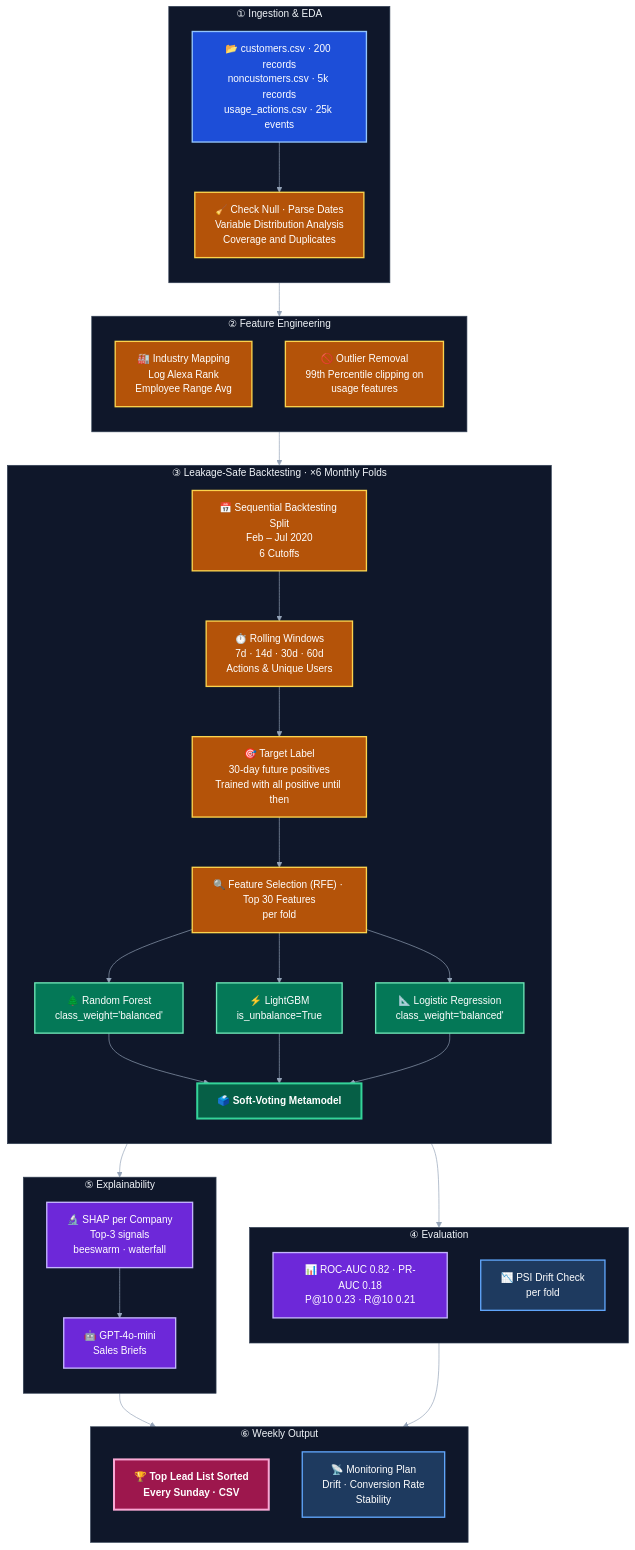
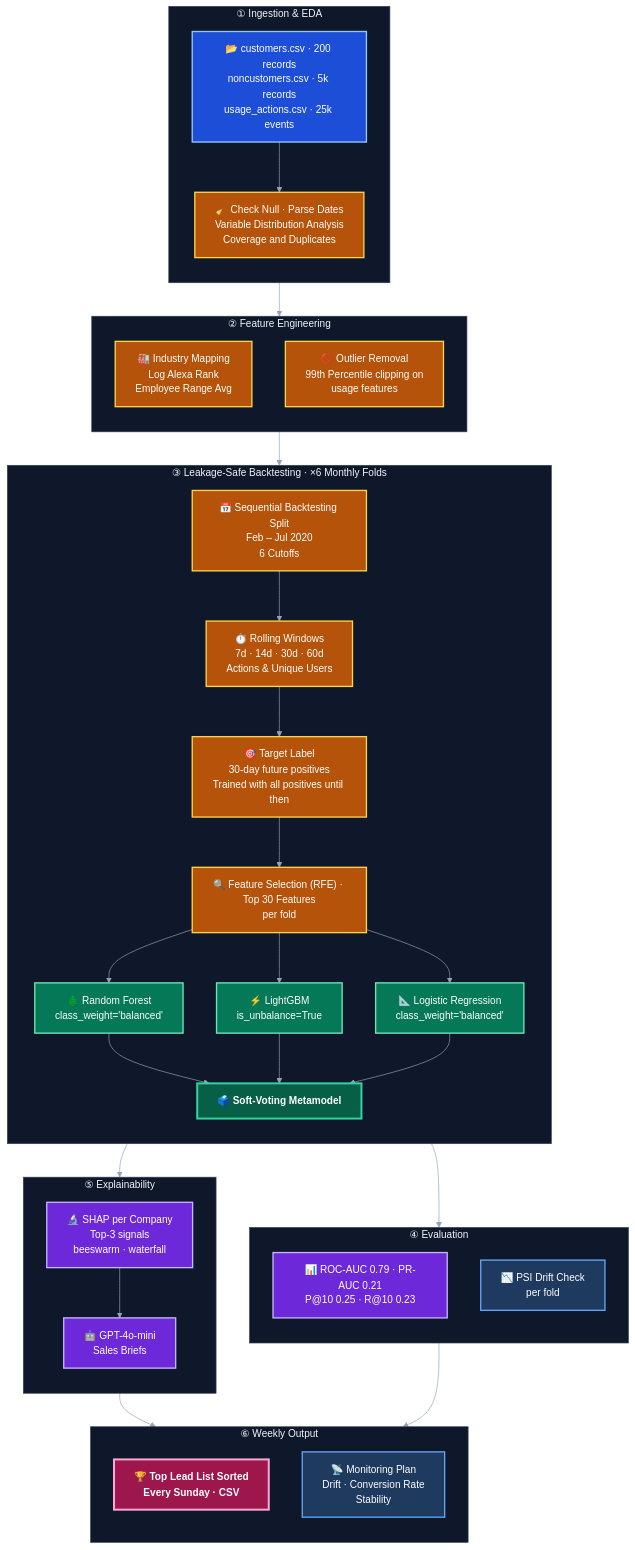
The diagram in README.md (jordisc97/Conversion-Prediction-Model), drawn with Mermaid before and after one commit. The commit also changed other lines of this file, not shown here.

Commit message:
Update README.md with mermaid

````diff
--- a/README.md
+++ b/README.md
@@ -9,67 +9,60 @@
 ```mermaid
 %%{init: {'theme': 'base', 'themeVariables': {'edgeLabelBackground': 'transparent', 'clusterBkg': '#0f172a', 'clusterBorder': '#334155', 'titleColor': '#f1f5f9', 'lineColor': '#94a3b8', 'fontSize': '15px'}}}%%
 flowchart TB
     classDef data     fill:#1d4ed8,stroke:#93c5fd,stroke-width:2px,color:#fff
     classDef process  fill:#b45309,stroke:#fcd34d,stroke-width:2px,color:#fff
     classDef model    fill:#047857,stroke:#6ee7b7,stroke-width:2px,color:#fff
     classDef ensemble fill:#065f46,stroke:#34d399,stroke-width:3px,color:#fff,font-weight:bold
     classDef output   fill:#6d28d9,stroke:#c4b5fd,stroke-width:2px,color:#fff
     classDef report   fill:#9d174d,stroke:#f9a8d4,stroke-width:3px,color:#fff,font-weight:bold
     classDef monitor  fill:#1e3a5f,stroke:#60a5fa,stroke-width:2px,color:#fff
 
-    %% ── 1. DATA ─────────────────────────────────
     subgraph ING ["① Ingestion & EDA"]
         direction TB
         A1["📂 customers.csv · 200 records<br/>noncustomers.csv · 5k records<br/>usage_actions.csv · 25k events"]:::data
         A2["🧹 Check Null · Parse Dates<br/>Variable Distribution Analysis<br/>Coverage and Duplicates"]:::process
         A1 --> A2
     end
 
-    %% ── 2. FEATURES ─────────────────────────────
     subgraph FE ["② Feature Engineering"]
         direction TB
         F2["🏭 Industry Mapping<br/>Log Alexa Rank<br/>Employee Range Avg"]:::process
         F3["🚫 Outlier Removal<br/>99th Percentile clipping on<br/>usage features"]:::process
     end
 
-    %% ── 3. MODELLING ────────────────────────────
     subgraph BT ["③ Leakage-Safe Backtesting · ×6 Monthly Folds"]
         direction TB
         B1["📅 Sequential Backtesting Split<br/>Feb – Jul 2020<br/>6 Cutoffs"]:::process
         F1["⏱️ Rolling Windows<br/>7d · 14d · 30d · 60d<br/>Actions & Unique Users"]:::process
-        F4["🎯 Target Label<br/>30-day future positives<br/>Trained with all positive until then"]:::process
+        F4["🎯 Target Label<br/>30-day future positives<br/>Trained with all positives until then"]:::process
         B2["🔍 Feature Selection (RFE) · Top 30 Features<br/>per fold"]:::process
         B3["🌲 Random Forest<br/>class_weight='balanced'"]:::model
         B4["⚡ LightGBM<br/>is_unbalance=True"]:::model
         B5["📐 Logistic Regression<br/>class_weight='balanced'"]:::model
         B6["🗳️ Soft-Voting Metamodel"]:::ensemble
         B1 --> F1 --> F4 --> B2 --> B3 & B4 & B5 --> B6
     end
 
-    %% ── 4. EVALUATION ───────────────────────────
     subgraph EV ["④ Evaluation"]
         direction TB
-        C1["📊 ROC-AUC 0.82 · PR-AUC 0.18<br/>P@10 0.23 · R@10 0.21"]:::output
+        C1["📊 ROC-AUC 0.79 · PR-AUC 0.21<br/>P@10 0.25 · R@10 0.23"]:::output
         C2["📉 PSI Drift Check<br/>per fold"]:::monitor
     end
 
-    %% ── 5. EXPLAINABILITY ───────────────────────
     subgraph XP ["⑤ Explainability"]
         direction TB
         D1["🔬 SHAP per Company<br/>Top-3 signals<br/>beeswarm · waterfall"]:::output
         D2["🤖 GPT-4o-mini<br/>Sales Briefs"]:::output
         D1 --> D2
     end
 
-    %% ── 6. OUTPUT ───────────────────────────────
     subgraph SO ["⑥ Weekly Output"]
         direction TB
         E1["🏆 Top Lead List Sorted<br/>Every Sunday · CSV"]:::report
         E2["📡 Monitoring Plan<br/>Drift · Conversion Rate<br/>Stability"]:::monitor
     end
 
-    %% ── MAIN FLOW ───────────────────────────────
     ING --> FE --> BT --> EV & XP
     XP --> SO
     EV --> SO
 ```
````
